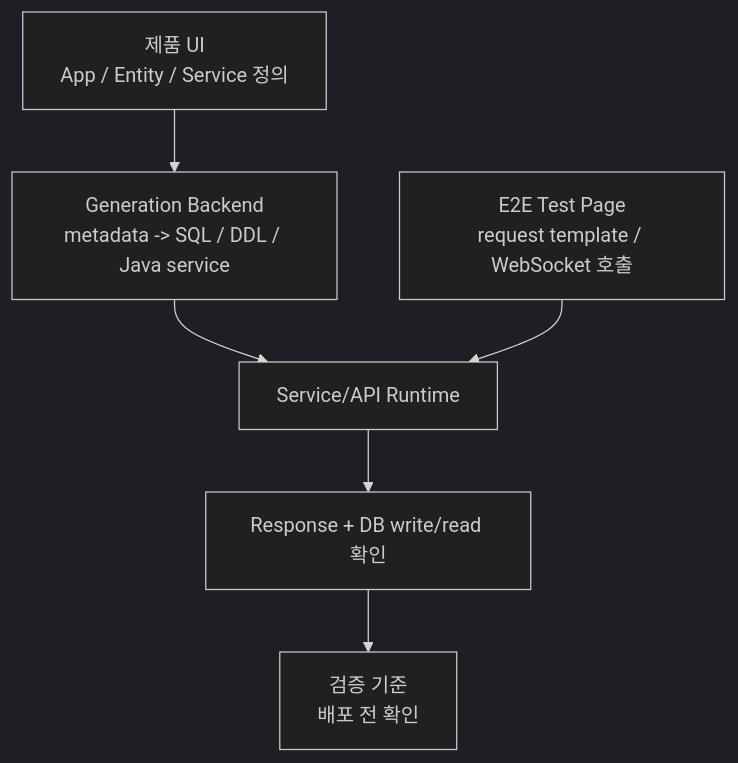
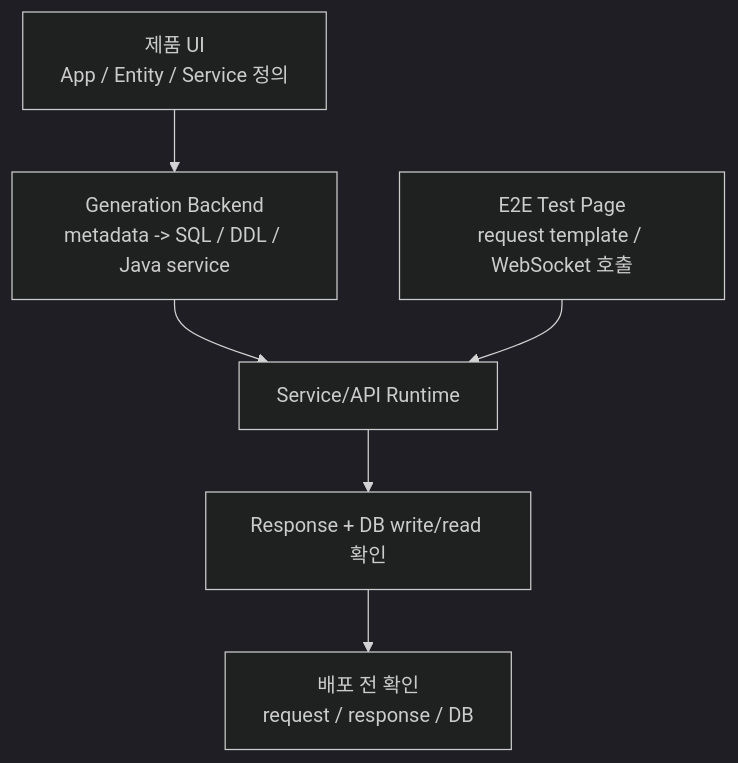
The first of 2 diagrams in docs/experience/tmaxcloud.md (zmrdltl/portfolio), drawn with Mermaid (dark theme) before and after one commit. The commit also changed other lines of this file and 11 other files, not shown here.

````diff
--- a/docs/experience/tmaxcloud.md
+++ b/docs/experience/tmaxcloud.md
@@ -28,15 +28,15 @@
 ```mermaid
 flowchart TD
   ui["제품 UI\nApp / Entity / Service 정의"]
   generator["Generation Backend\nmetadata -> SQL / DDL / Java service"]
   runtime["Service/API Runtime"]
   tester["E2E Test Page\nrequest template / WebSocket 호출"]
   validation["Response + DB write/read 확인"]
-  gate["검증 기준\n배포 전 확인"]
+  gate["배포 전 확인\nrequest / response / DB"]
 
   ui --> generator
   generator --> runtime
   tester --> runtime
   runtime --> validation
   validation --> gate
 ```
````
